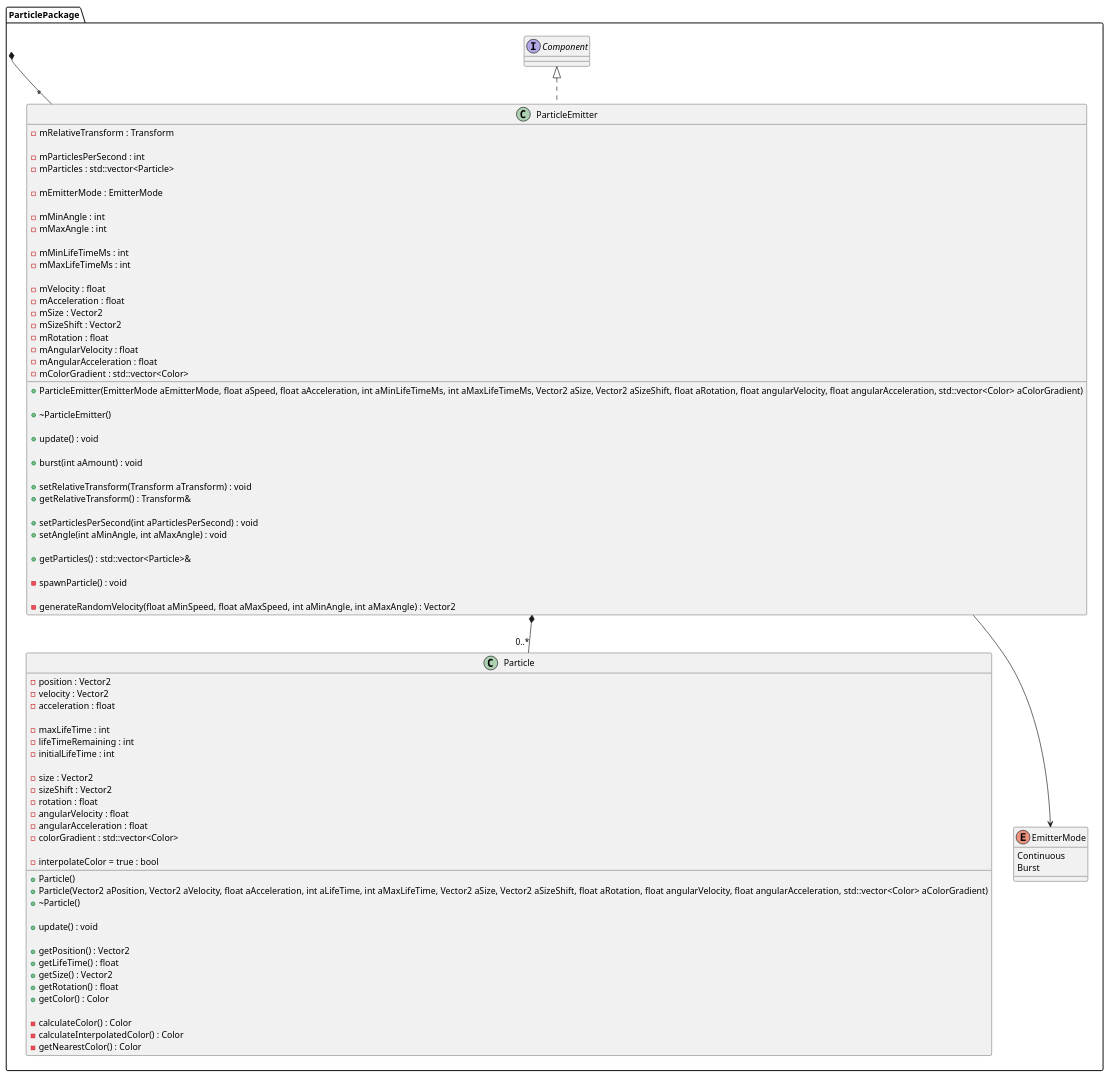
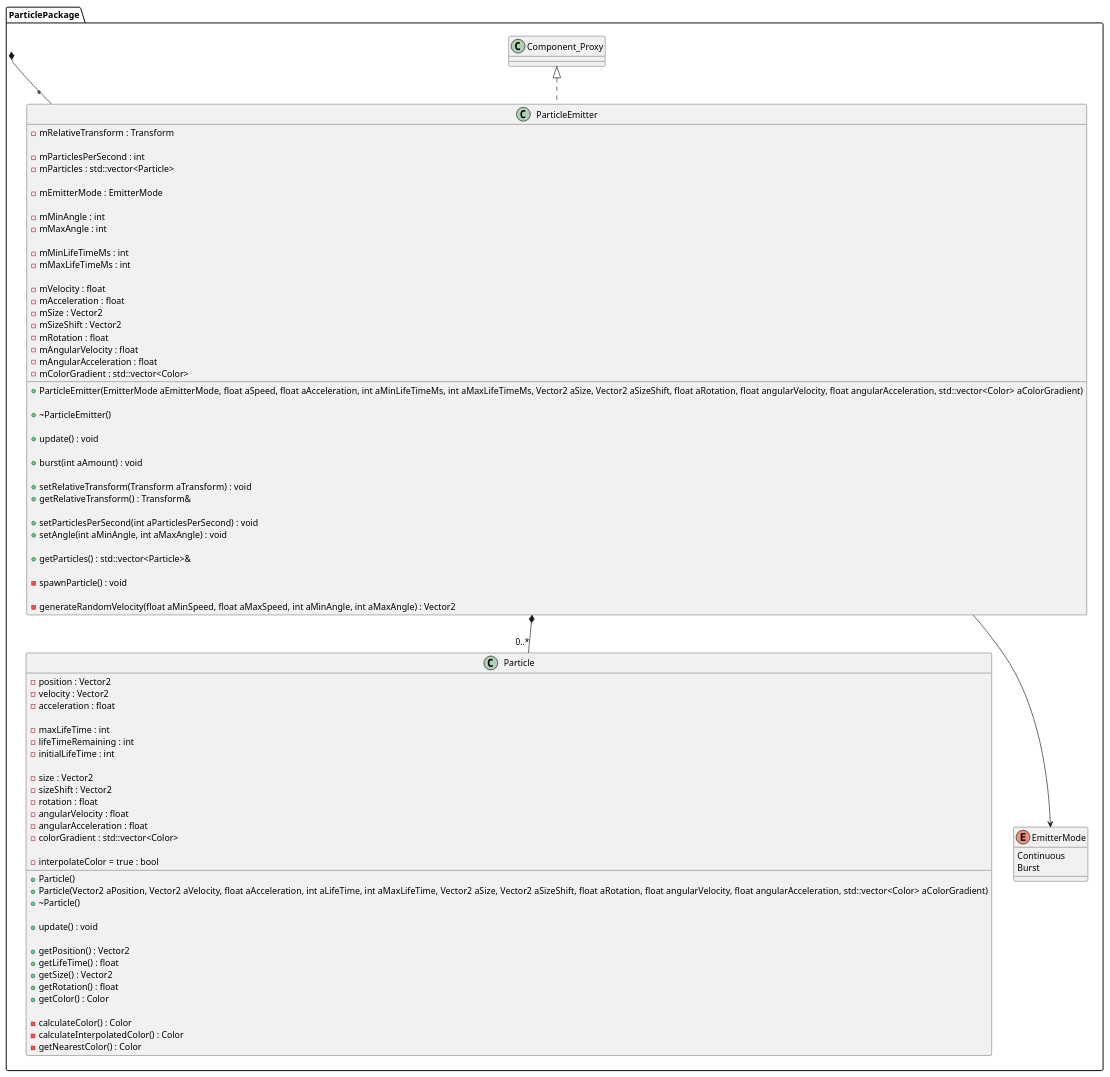
One commit to Seger01/GameEngine changed the diagram in docs/Diagrams/classDiagramPackages/particleEmitterPackage.puml. Above: the diagram before and after it, drawn with PlantUML. The commit also changed 2 other files, not shown here.

```diff
--- a/docs/Diagrams/classDiagramPackages/particleEmitterPackage.puml
+++ b/docs/Diagrams/classDiagramPackages/particleEmitterPackage.puml
@@ -1,95 +1,97 @@
 @startuml particleEmitterPackageClassDiagram
 
 package ParticlePackage{
 class Particle {
     + Particle()
     + Particle(Vector2 aPosition, Vector2 aVelocity, float aAcceleration, int aLifeTime, int aMaxLifeTime, Vector2 aSize, Vector2 aSizeShift, float aRotation, float angularVelocity, float angularAcceleration, std::vector<Color> aColorGradient)
     + ~Particle() 
 
     + update() : void 
 
     + getPosition() : Vector2 
     + getLifeTime() : float 
     + getSize() : Vector2 
     + getRotation() : float 
     + getColor() : Color 
 
     - calculateColor() : Color 
     - calculateInterpolatedColor() : Color 
     - getNearestColor() : Color 
 
     - position : Vector2 
     - velocity : Vector2 
     - acceleration : float 
 
     - maxLifeTime : int 
     - lifeTimeRemaining : int 
     - initialLifeTime : int 
 
     - size : Vector2 
     - sizeShift : Vector2 
     - rotation : float 
     - angularVelocity : float 
     - angularAcceleration : float 
     - colorGradient : std::vector<Color> 
 
     - interpolateColor = true : bool 
 }
 
 enum EmitterMode {
     Continuous
     Burst
 }
 
-class ParticleEmitter implements Component{
+class Component_Proxy{}
+
+class ParticleEmitter implements Component_Proxy{
     + ParticleEmitter(EmitterMode aEmitterMode, float aSpeed, float aAcceleration, int aMinLifeTimeMs, int aMaxLifeTimeMs, Vector2 aSize, Vector2 aSizeShift, float aRotation, float angularVelocity, float angularAcceleration, std::vector<Color> aColorGradient)
 
     + ~ParticleEmitter()
 
     + update() : void
 
     + burst(int aAmount) : void
 
     + setRelativeTransform(Transform aTransform) : void
     + getRelativeTransform() : Transform& 
 
     + setParticlesPerSecond(int aParticlesPerSecond) : void 
     + setAngle(int aMinAngle, int aMaxAngle) : void 
 
     + getParticles() : std::vector<Particle>& 
 
     - spawnParticle() : void 
 
     - generateRandomVelocity(float aMinSpeed, float aMaxSpeed, int aMinAngle, int aMaxAngle) : Vector2 
 
     - mRelativeTransform : Transform 
 
     - mParticlesPerSecond : int 
     - mParticles : std::vector<Particle> 
 
     - mEmitterMode : EmitterMode 
 
     - mMinAngle : int 
     - mMaxAngle : int 
 
     - mMinLifeTimeMs : int 
     - mMaxLifeTimeMs : int 
 
     - mVelocity : float 
     - mAcceleration : float 
     - mSize : Vector2 
     - mSizeShift : Vector2 
     - mRotation : float 
     - mAngularVelocity : float 
     - mAngularAcceleration : float 
     - mColorGradient : std::vector<Color> 
 }
 
 ParticleEmitter *-- "0..*" Particle
 ParticleEmitter --> EmitterMode
 
 }
 
 ParticlePackage *-- "*" ParticleEmitter
 
 @enduml
```
